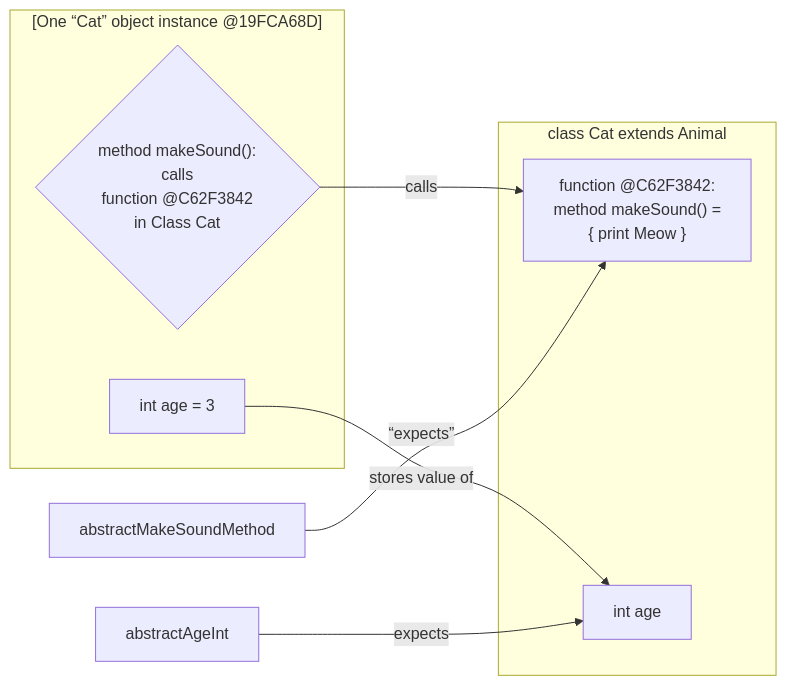
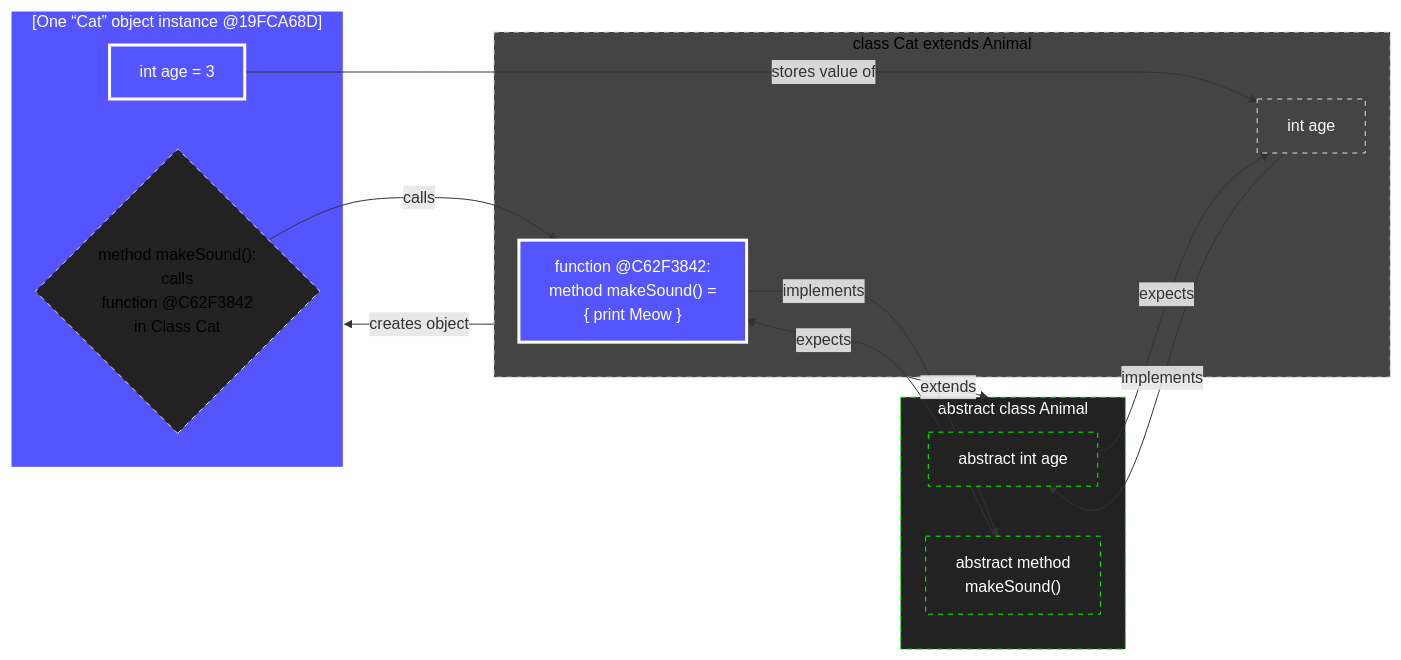
Before and after one commit to realityexpander/How_to_program_from_ground_up: the first of 5 diagrams in 09-ClassOrientedProgramming.md, drawn with Mermaid.

Commit message:
Add to COP

````diff
--- a/09-ClassOrientedProgramming.md
+++ b/09-ClassOrientedProgramming.md
@@ -28,39 +28,39 @@
     ```mermaid
       flowchart LR
       
       catObjectMakeSoundMethodFunctionPointer -- calls --> catClassMakeSoundMethod:::Object
       catObjectAgeInt -- stores value of --> catClassAgeInt
       subgraph catObject["[One “Cat” object instance @19FCA68D]"]
           catObjectAgeInt["int age = 3"]
           catObjectMakeSoundMethodFunctionPointer{"method makeSound(): 
                                              calls 
                                        function @C62F3842
                                        in Class Cat"}
       end
       subgraph classCat["class Cat extends Animal"]
           catClassAgeInt["int age"]
           catClassMakeSoundMethod["function @C62F3842:  
                       method makeSound() =
                       { print Meow }"]
       end
       abstractAgeInt -- expects --> catClassAgeInt
-        abstractMakeSoundMethod -- “expects” --> catClassMakeSoundMethod:::Object
-%%      catClassAgeInt -- implements --> abstractAgeInt:::Abstract
-%%      
-%%      classCat -- creates object --> catObject:::Object
-%%      classCat -- extends --> abstractAnimal:::Abstract
-%%      catClassMakeSoundMethod -- implements --> abstractMakeSoundMethod:::Abstract
-%%      subgraph abstractAnimal["abstract class Animal"]
-%%        abstractAgeInt["abstract int age"]
-%%        abstractMakeSoundMethod["abstract method 
-%%                                 makeSound()"]
-%%      end
-%%      
-%%      classDef Abstract fill:#222, stroke:#0F0, stroke-width:1px, color:#fff, stroke-dasharray: 5 5
-%%      classDef Class fill:#444, stroke:#00F, stroke-width:1px, color:#000, stroke-dasharray: 5 5
-%%      style classCat fill:#444, stroke:#DDD, stroke-width:1px, color:#000, stroke-dasharray: 5 5
-%%      style catClassAgeInt fill:#444, stroke:#DDD, stroke-width:1px, color:#FFF, stroke-dasharray: 5 5
-%%      classDef Object fill:#55F, stroke:#FFF, stroke-width:3px, color:#fff
-%%      style catObjectAgeInt fill:#55F, stroke:#FFF, stroke-width:3px, color:#fff
-%%      style catObjectMakeSoundMethodFunctionPointer fill:#222, stroke:#DDD, stroke-width:1px, color:#000, stroke-dasharray: 5 5
+      abstractMakeSoundMethod -- expects --> catClassMakeSoundMethod:::Object
+      catClassAgeInt -- implements --> abstractAgeInt:::Abstract
+      
+      classCat -- creates object --> catObject:::Object
+      classCat -- extends --> abstractAnimal:::Abstract
+      catClassMakeSoundMethod -- implements --> abstractMakeSoundMethod:::Abstract
+      subgraph abstractAnimal["abstract class Animal"]
+        abstractAgeInt["abstract int age"]
+        abstractMakeSoundMethod["abstract method 
+                                 makeSound()"]
+      end
+      
+      classDef Abstract fill:#222, stroke:#0F0, stroke-width:1px, color:#fff, stroke-dasharray: 5 5
+      classDef Class fill:#444, stroke:#00F, stroke-width:1px, color:#000, stroke-dasharray: 5 5
+      style classCat fill:#444, stroke:#DDD, stroke-width:1px, color:#000, stroke-dasharray: 5 5
+      style catClassAgeInt fill:#444, stroke:#DDD, stroke-width:1px, color:#FFF, stroke-dasharray: 5 5
+      classDef Object fill:#55F, stroke:#FFF, stroke-width:3px, color:#fff
+      style catObjectAgeInt fill:#55F, stroke:#FFF, stroke-width:3px, color:#fff
+      style catObjectMakeSoundMethodFunctionPointer fill:#222, stroke:#DDD, stroke-width:1px, color:#000, stroke-dasharray: 5 5
     ```
````
